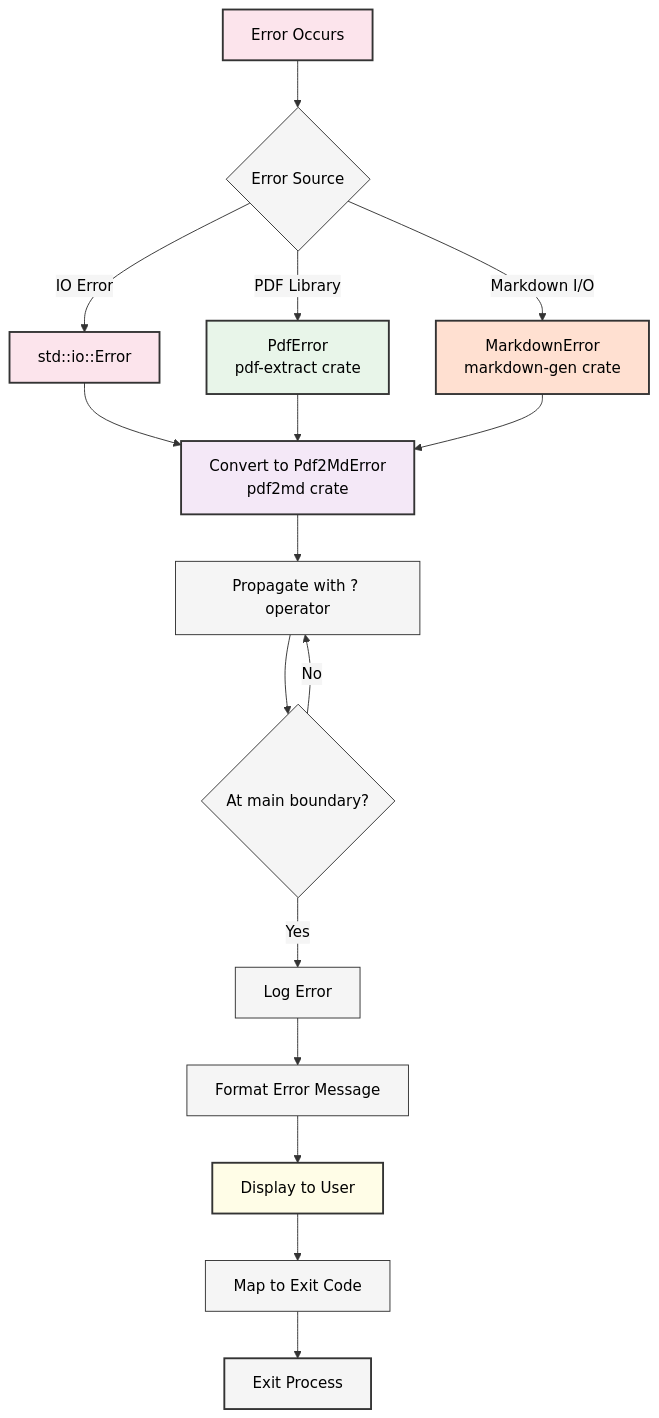
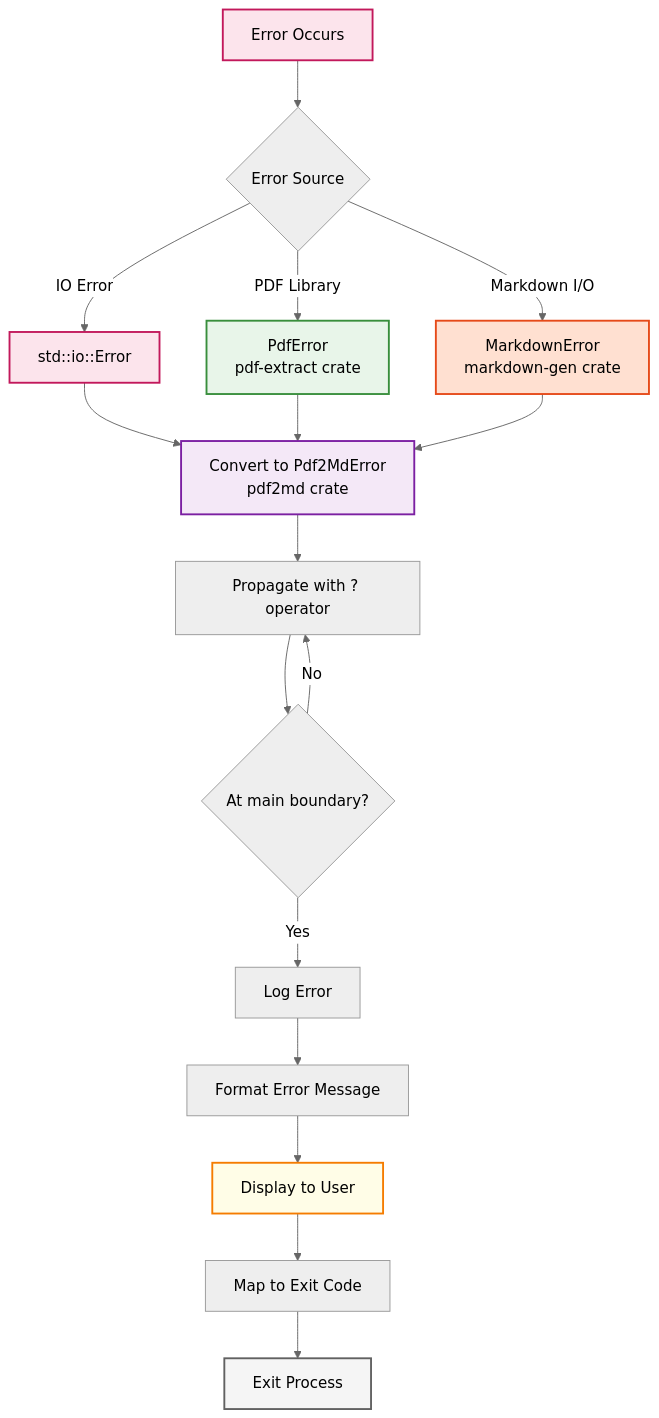
One commit to softwarewrighter/pdf2md changed the sixth of 8 diagrams in wiki/Architecture-Diagrams.md. Above: the diagram before and after it, drawn with Mermaid. The commit also changed other lines of this file and 7 other files, not shown here.

First line of the commit message:
fix: update mermaid diagrams for GitHub dark mode compatibility

````diff
--- a/wiki/Architecture-Diagrams.md
+++ b/wiki/Architecture-Diagrams.md
@@ -299,29 +299,29 @@
 ```mermaid
-%%{init: {'theme':'base', 'themeVariables': {'primaryColor':'#f5f5f5','primaryTextColor':'#000','primaryBorderColor':'#333','lineColor':'#333','secondaryColor':'#f5f5f5','tertiaryColor':'#f5f5f5'}}}%%
+%%{init: {'theme':'neutral'}}%%
 flowchart TB
     A[Error Occurs] --> B{Error Source}
     B -->|IO Error| C[std::io::Error]
     B -->|PDF Library| D[PdfError<br/>pdf-extract crate]
     B -->|Markdown I/O| E[MarkdownError<br/>markdown-gen crate]
 
     C --> F[Convert to Pdf2MdError<br/>pdf2md crate]
     D --> F
     E --> F
 
     F --> G[Propagate with ? operator]
     G --> H{At main boundary?}
     H -->|No| G
     H -->|Yes| I[Log Error]
     I --> J[Format Error Message]
     J --> K[Display to User]
     K --> L[Map to Exit Code]
     L --> M[Exit Process]
 
-    style A fill:#fce4ec,stroke:#333,stroke-width:2px,color:#000
-    style C fill:#fce4ec,stroke:#333,stroke-width:2px,color:#000
-    style D fill:#e8f5e9,stroke:#333,stroke-width:2px,color:#000
-    style E fill:#ffe0d1,stroke:#333,stroke-width:2px,color:#000
-    style F fill:#f4e8f7,stroke:#333,stroke-width:2px,color:#000
-    style K fill:#fffde7,stroke:#333,stroke-width:2px,color:#000
-    style M fill:#f5f5f5,stroke:#333,stroke-width:2px,color:#000
+    style A fill:#fce4ec,stroke:#c2185b,stroke-width:2px
+    style C fill:#fce4ec,stroke:#c2185b,stroke-width:2px
+    style D fill:#e8f5e9,stroke:#388e3c,stroke-width:2px
+    style E fill:#ffe0d1,stroke:#e64a19,stroke-width:2px
+    style F fill:#f4e8f7,stroke:#7b1fa2,stroke-width:2px
+    style K fill:#fffde7,stroke:#f57c00,stroke-width:2px
+    style M fill:#f5f5f5,stroke:#616161,stroke-width:2px
 ```
````
